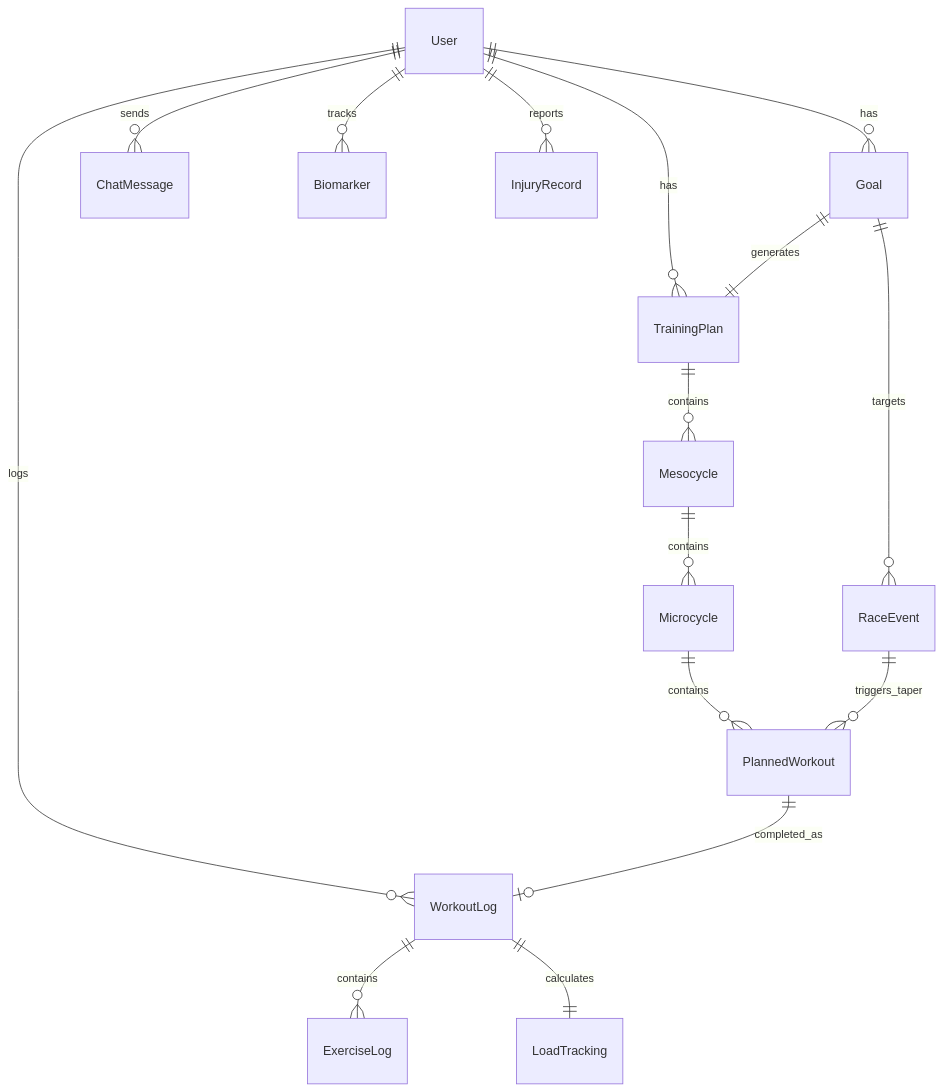
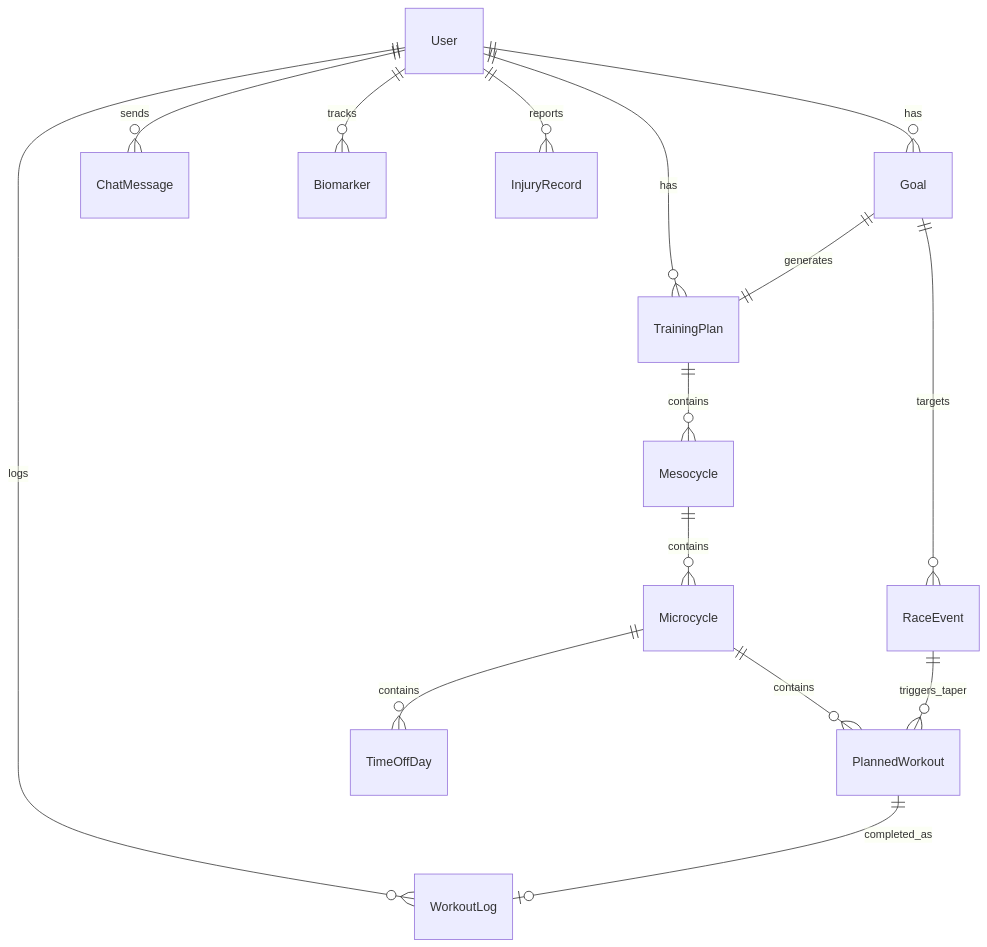
Before and after one commit to rooshimadethis/ash-trainer: the first of 4 diagrams in docs/architecture/data_models.md, drawn with Mermaid. The commit also changed other lines of this file, not shown here.

````diff
--- a/docs/architecture/data_models.md
+++ b/docs/architecture/data_models.md
@@ -18,22 +18,21 @@
 ```mermaid
 erDiagram
     User ||--o{ Goal : has
     User ||--o{ TrainingPlan : has
     User ||--o{ WorkoutLog : logs
     User ||--o{ ChatMessage : sends
     User ||--o{ Biomarker : tracks
     User ||--o{ InjuryRecord : reports
     
     Goal ||--|| TrainingPlan : generates
     Goal ||--o{ RaceEvent : targets
     
     TrainingPlan ||--o{ Mesocycle : contains
     Mesocycle ||--o{ Microcycle : contains
     Microcycle ||--o{ PlannedWorkout : contains
+    Microcycle ||--o{ TimeOffDay : contains
     
     PlannedWorkout ||--o| WorkoutLog : completed_as
-    WorkoutLog ||--o{ ExerciseLog : contains
-    WorkoutLog ||--|| LoadTracking : calculates
     
     RaceEvent ||--o{ PlannedWorkout : triggers_taper
 ```
````
